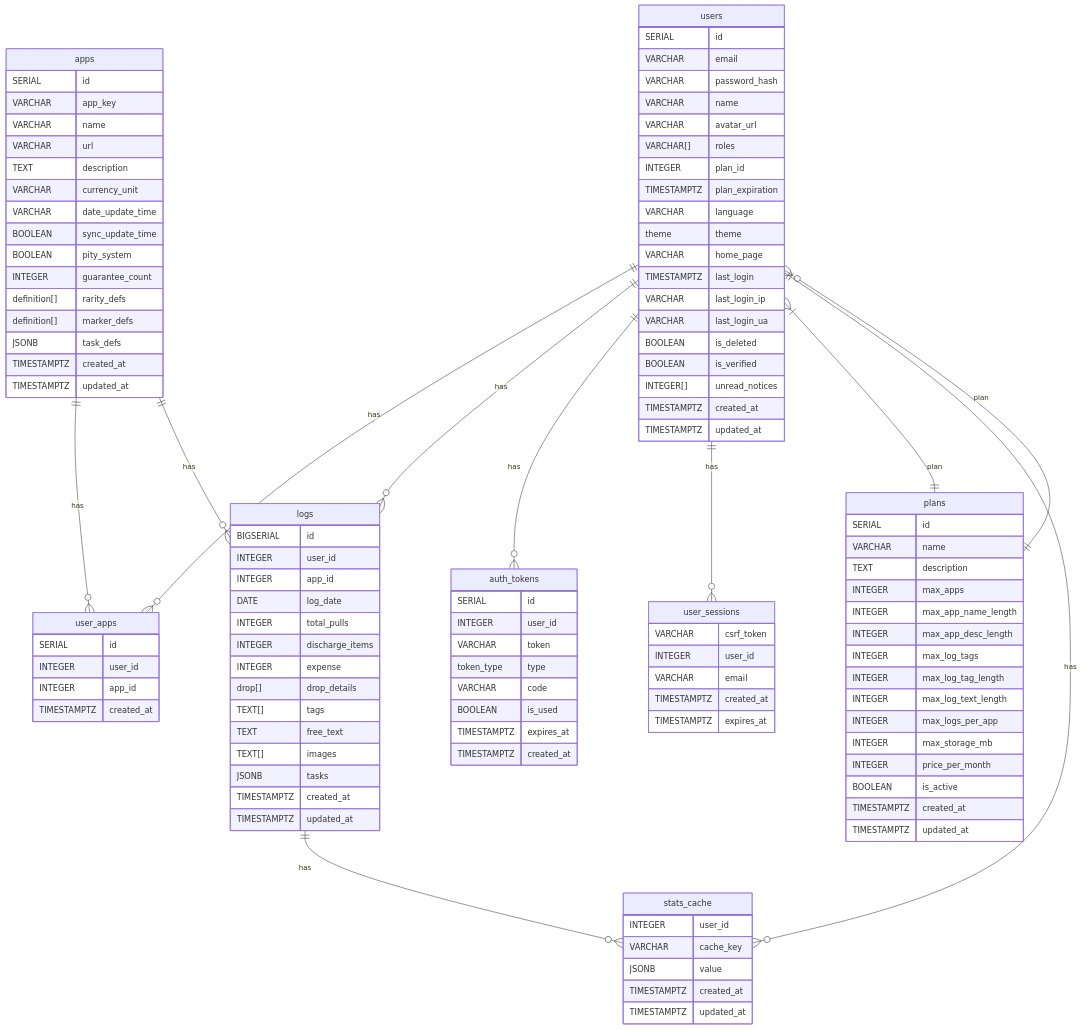
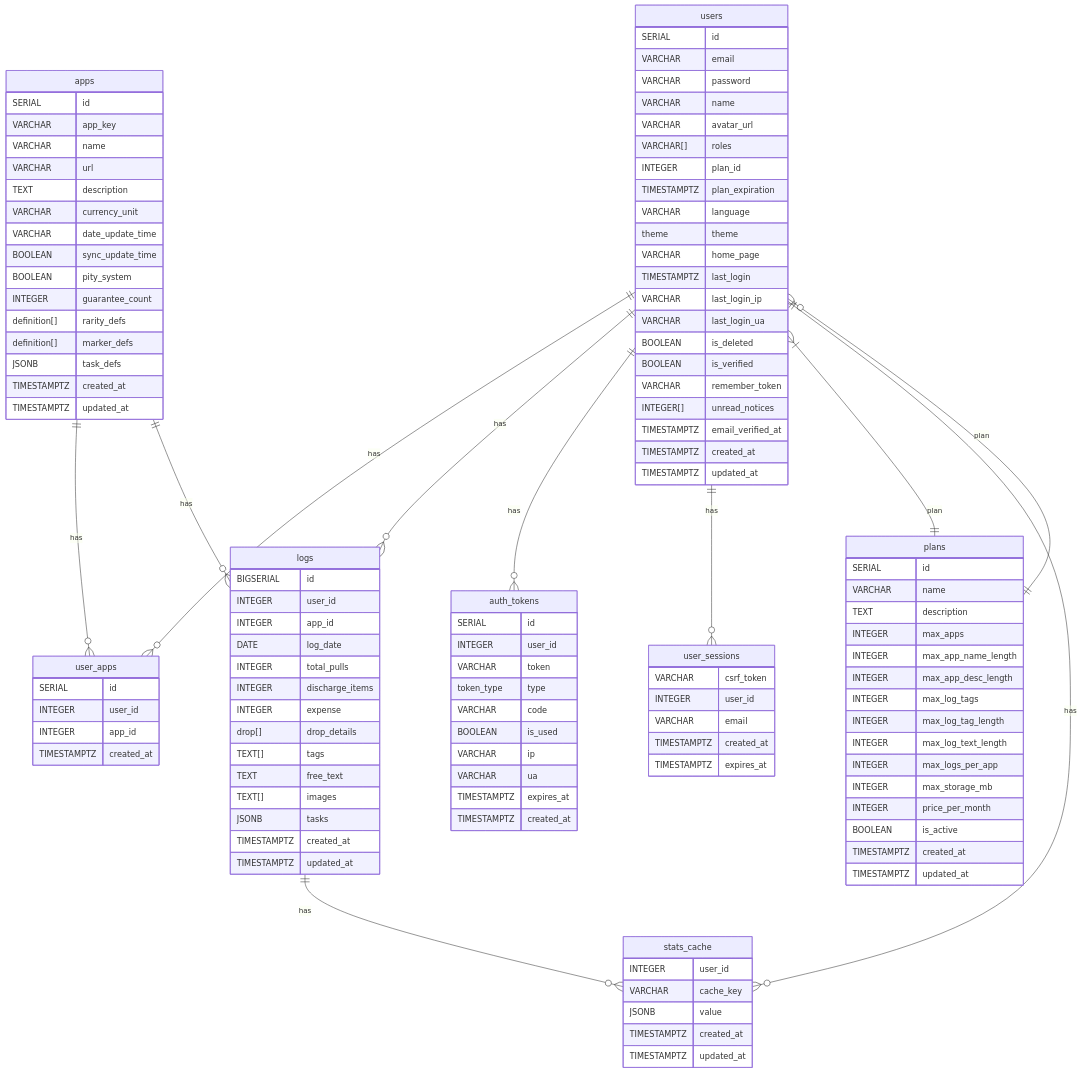
The first of 2 diagrams in pulllog-ER.md (magicmethods/pulllog-backend), drawn with Mermaid before and after one commit. The commit also changed 78 other files, not shown here.

```diff
--- a/pulllog-ER.md
+++ b/pulllog-ER.md
@@ -8,7 +8,7 @@
     users {
         SERIAL id
         VARCHAR email
-        VARCHAR password_hash
+        VARCHAR password
         VARCHAR name
         VARCHAR avatar_url
         VARCHAR[] roles
@@ -22,7 +22,9 @@
         VARCHAR last_login_ua
         BOOLEAN is_deleted
         BOOLEAN is_verified
+        VARCHAR remember_token
         INTEGER[] unread_notices
+        TIMESTAMPTZ email_verified_at
         TIMESTAMPTZ created_at
         TIMESTAMPTZ updated_at
     }
@@ -57,6 +59,8 @@
         token_type type
         VARCHAR code
         BOOLEAN is_used
+        VARCHAR ip
+        VARCHAR ua
         TIMESTAMPTZ expires_at
         TIMESTAMPTZ created_at
     }
```
